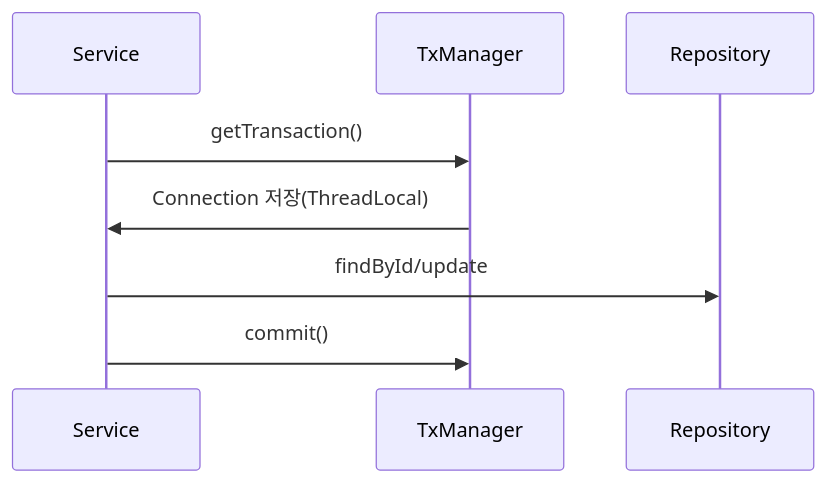
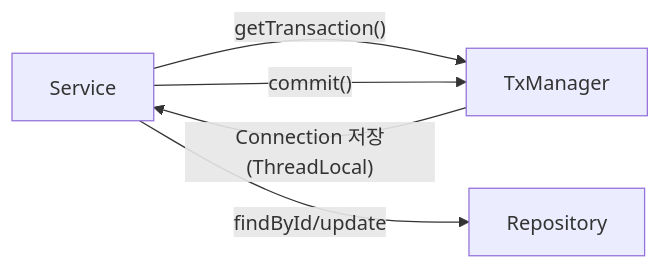
The sixth of 11 diagrams in _posts/spring/2026-05-02-spring-db-1.md (yjkim2015/yjkim2015.github.io), drawn with Mermaid before and after one commit. The commit also changed other lines of this file and 32 other files, not shown here.

First line of the commit message:
sequenceDiagram 82개 → graph LR 변환 완료

````diff
--- a/_posts/spring/2026-05-02-spring-db-1.md
+++ b/_posts/spring/2026-05-02-spring-db-1.md
@@ -313,10 +310,7 @@
 ```mermaid
-sequenceDiagram
-    participant S as Service
-    participant TM as TxManager
-    participant R as Repository
-    S->>TM: getTransaction()
-    TM->>S: Connection 저장(ThreadLocal)
-    S->>R: findById/update
-    S->>TM: commit()
+graph LR
+    S["Service"] -->|"getTransaction()"| TM["TxManager"]
+    TM -->|"Connection 저장(ThreadLocal)"| S
+    S -->|"findById/update"| R["Repository"]
+    S -->|"commit()"| TM
 ```
````
